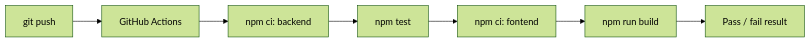
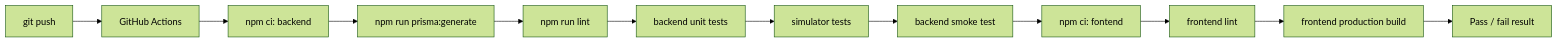
Before and after one commit to apiwatapply-svg/MMS_project: the second of 3 diagrams in docs/Git-DevOps-Workflow.md, drawn with Mermaid (forest theme). The commit also changed other lines of this file and 3 other files, not shown here.

````diff
--- a/docs/Git-DevOps-Workflow.md
+++ b/docs/Git-DevOps-Workflow.md
@@ -31,9 +31,14 @@
 ```mermaid
 flowchart LR
   Push["git push"] --> CI["GitHub Actions"]
   CI --> InstallBE["npm ci: backend"]
-  InstallBE --> Test["npm test"]
-  Test --> InstallFE["npm ci: fontend"]
-  InstallFE --> Build["npm run build"]
+  InstallBE --> Prisma["npm run prisma:generate"]
+  Prisma --> LintBE["npm run lint"]
+  LintBE --> Test["backend unit tests"]
+  Test --> Sim["simulator tests"]
+  Sim --> Smoke["backend smoke test"]
+  Smoke --> InstallFE["npm ci: fontend"]
+  InstallFE --> LintFE["frontend lint"]
+  LintFE --> Build["frontend production build"]
   Build --> Result["Pass / fail result"]
 ```
````
